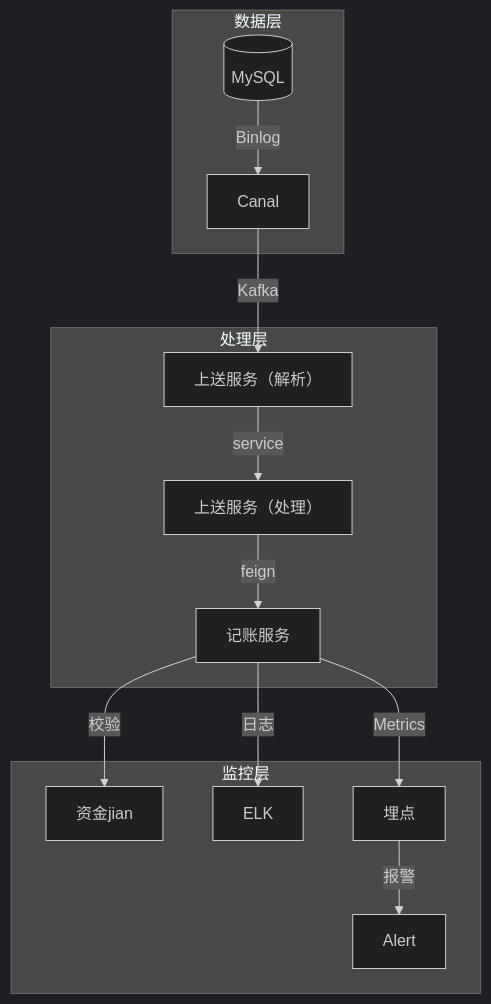
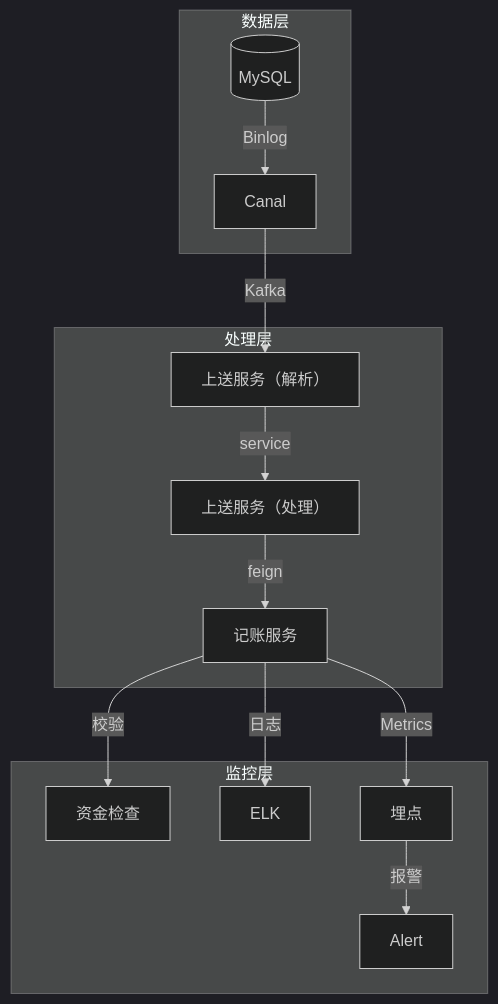
One commit to 87828943/iodraw-files changed the diagram in all/未命名-1.md. Above: the diagram before and after it, drawn with Mermaid (dark theme).

Commit message:
2025-07-01 19:53:37 update

````diff
--- a/all/未命名-1.md
+++ b/all/未命名-1.md
@@ -1,17 +1,17 @@
 ```mermaid
 graph TB
     subgraph 数据层
         DB[(MySQL)] -->|Binlog| Canal
     end
     subgraph 处理层
         Canal -->|Kafka| Parser[上送服务（解析）]
         Parser -->|service| Engine[上送服务（处理）]
         Engine -->|feign| Accounting[记账服务]
     end
     subgraph 监控层
-        Accounting --> |校验| 资金jian
+        Accounting --> |校验| 资金检查
         Accounting -->|日志| ELK
         Accounting -->|Metrics| 埋点
         埋点 -->|报警| Alert
     end
 ```
````
